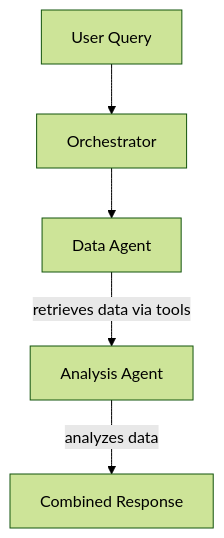
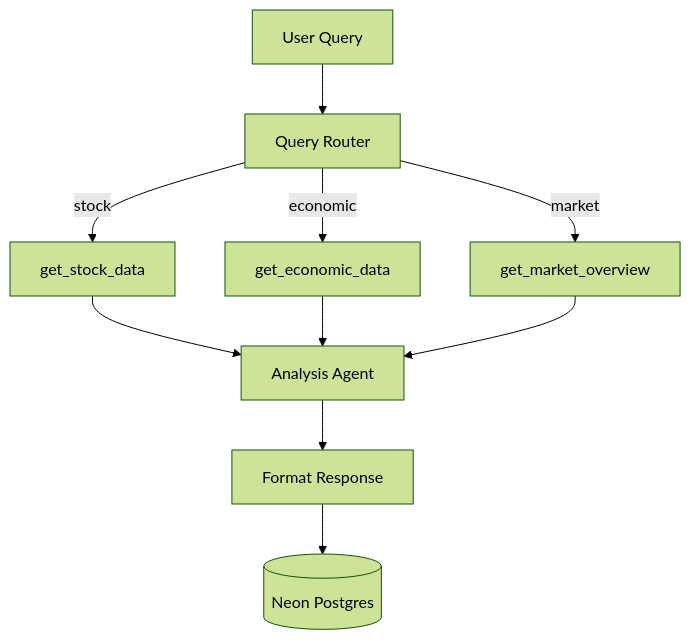
Before and after one commit to RichChang963/Trading-Assistant: the diagram in README.md, drawn with Mermaid (forest theme). The commit also changed other lines of this file and 2 other files, not shown here.

````diff
--- a/README.md
+++ b/README.md
@@ -110,7 +99,10 @@
 ```mermaid
 graph TD
-    A[User Query] --> B[Orchestrator]
-    B --> C[Data Agent]
-    C -->|retrieves data via tools| D[Analysis Agent]
-    D -->|analyzes data| E[Combined Response]
+    A[User Query] --> B[Query Router]
+    B -->|stock| C1[get_stock_data]
+    B -->|economic| C2[get_economic_data]
+    B -->|market| C3[get_market_overview]
+    C1 & C2 & C3 --> D[Analysis Agent]
+    D --> E[Format Response]
+    E --> F[(Neon Postgres)]
 ```
````
